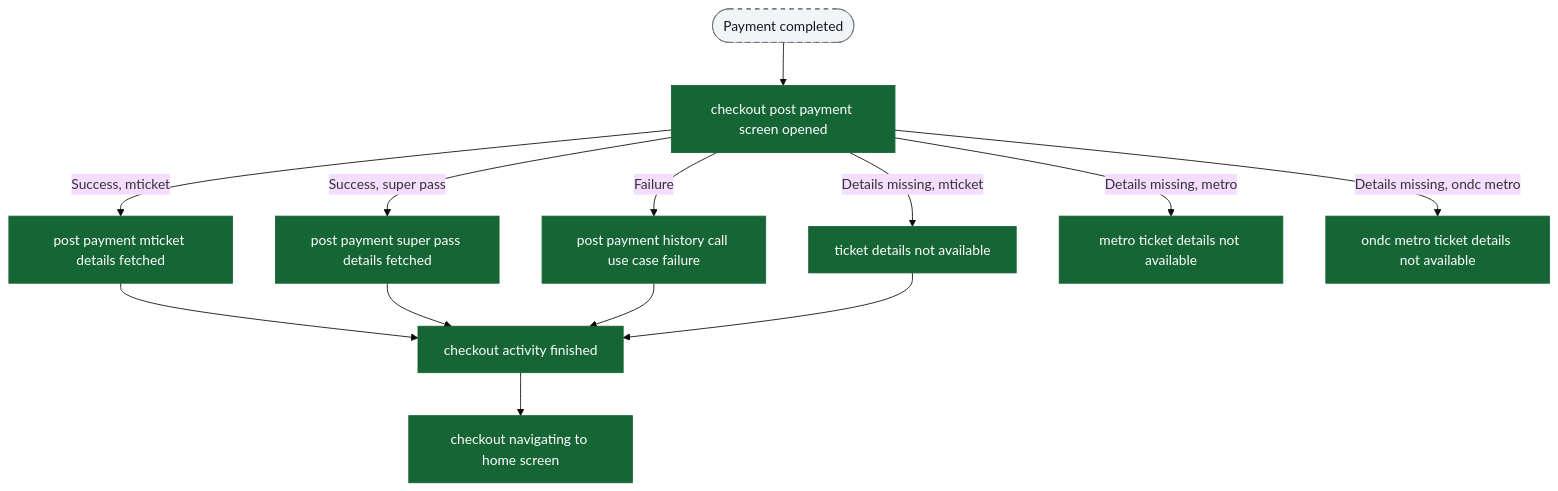
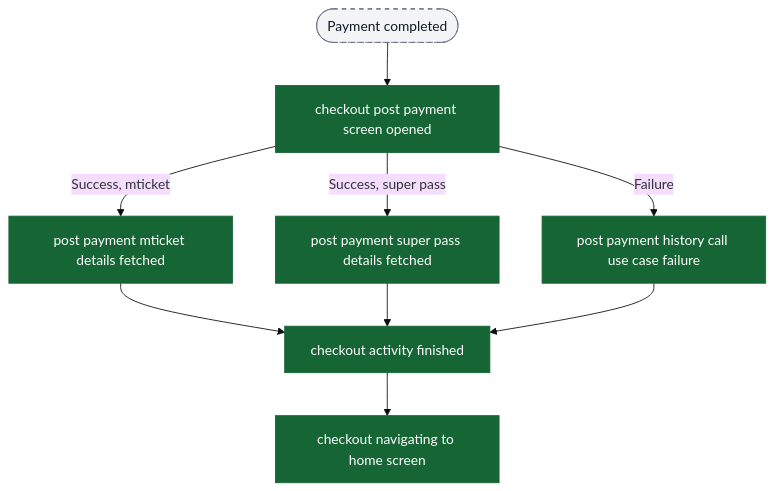
One commit to ratulsarna/chalo-app-dashboard changed the tenth of 11 diagrams in content/analytics/payment/flow-diagrams.md. Above: the diagram before and after it, drawn with Mermaid (base theme). The commit also changed other lines of this file and 1 other file, not shown here.

Commit message:
feat(analytics): update event properties and flow diagrams for payment processing, enhancing error handling and user interaction tracking

````diff
--- a/content/analytics/payment/flow-diagrams.md
+++ b/content/analytics/payment/flow-diagrams.md
@@ -262,26 +260,21 @@
 ```mermaid
 flowchart TD
   ui_paymentComplete([Payment completed]) --> ev_postPaymentOpen["checkout post payment screen opened"]
 
   ev_postPaymentOpen -->|Success, mticket| ev_mticketFetched["post payment mticket details fetched"]
   ev_postPaymentOpen -->|Success, super pass| ev_passFetched["post payment super pass details fetched"]
   ev_postPaymentOpen -->|Failure| ev_historyFailed["post payment history call use case failure"]
 
-  ev_postPaymentOpen -->|Details missing, mticket| ev_ticketNotAvailable["ticket details not available"]
-  ev_postPaymentOpen -->|Details missing, metro| ev_metroNotAvailable["metro ticket details not available"]
-  ev_postPaymentOpen -->|Details missing, ondc metro| ev_ondcMetroNotAvailable["ondc metro ticket details not available"]
-
   ev_mticketFetched --> ev_finished["checkout activity finished"]
   ev_passFetched --> ev_finished
   ev_historyFailed --> ev_finished
-  ev_ticketNotAvailable --> ev_finished
 
   ev_finished --> ev_navigateHome["checkout navigating to home screen"]
 
   classDef event fill:#166534,stroke:#166534,color:#ffffff;
   classDef ui fill:#f3f4f6,stroke:#6b7280,stroke-dasharray: 5 5,color:#111827;
   classDef external fill:#ffffff,stroke:#6b7280,stroke-dasharray: 3 3,color:#111827;
 
-  class ev_postPaymentOpen,ev_mticketFetched,ev_passFetched,ev_historyFailed,ev_ticketNotAvailable,ev_metroNotAvailable,ev_ondcMetroNotAvailable,ev_finished,ev_navigateHome event;
+  class ev_postPaymentOpen,ev_mticketFetched,ev_passFetched,ev_historyFailed,ev_finished,ev_navigateHome event;
   class ui_paymentComplete ui;
 ```
````
